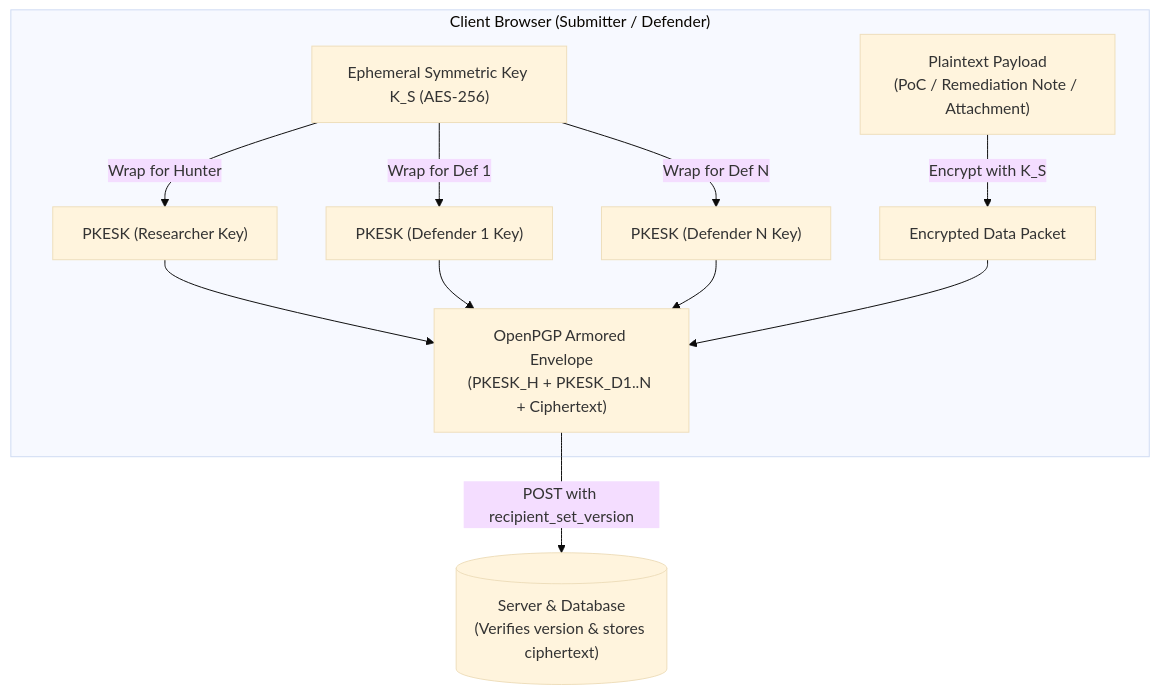
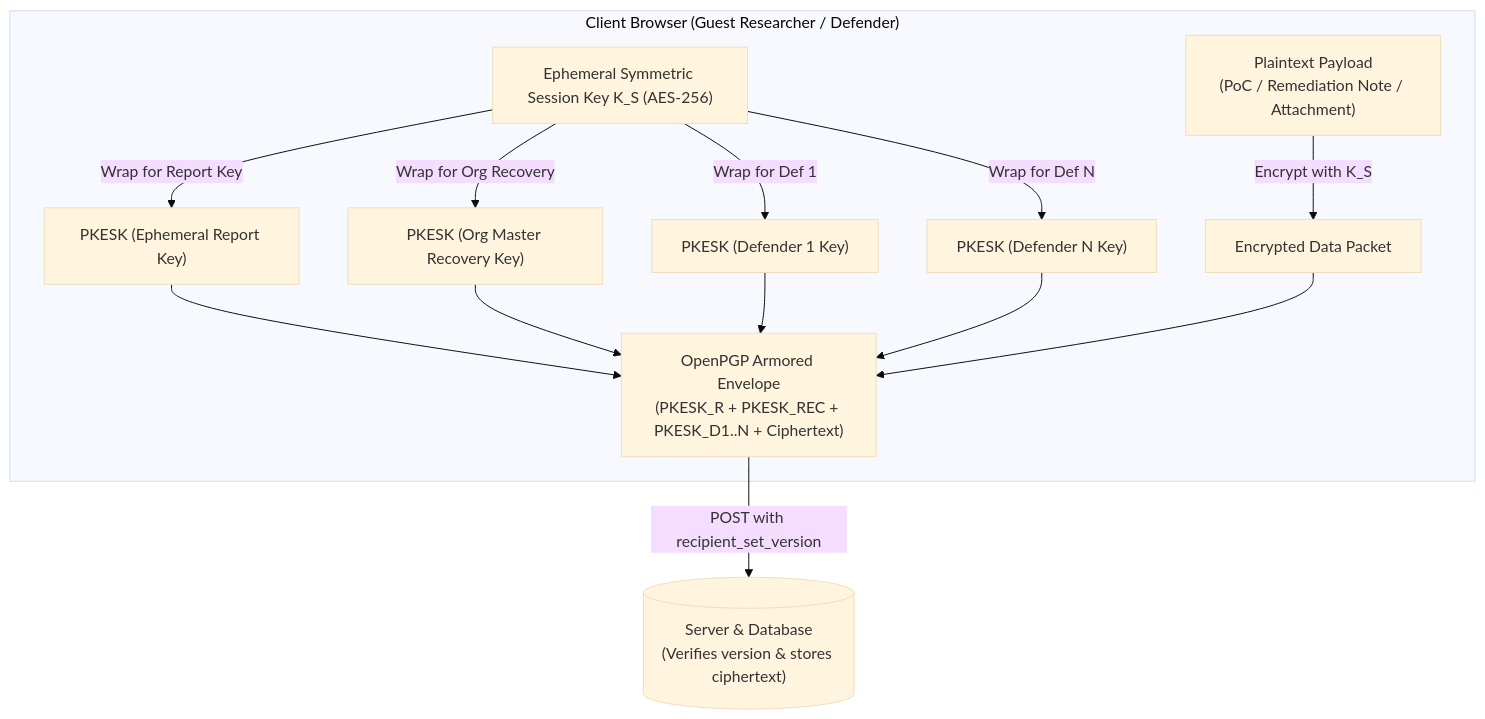
The diagram in architecture/KEY_MANAGEMENT.md (Taha-Asad/BugBountyTracker), drawn with Mermaid (base theme) before and after one commit. The commit also changed other lines of this file and 15 other files, not shown here.

Commit message:
feat(spec): release v3.2.0 baseline with Lemon Squeezy MoR, guest intake, offline recovery key, and 424h WBS

````diff
--- a/architecture/KEY_MANAGEMENT.md
+++ b/architecture/KEY_MANAGEMENT.md
@@ -20,19 +24,21 @@
 ```mermaid
 flowchart TD
-    subgraph Browser["Client Browser (Submitter / Defender)"]
+    subgraph Browser["Client Browser (Guest Researcher / Defender)"]
         Msg["Plaintext Payload<br/>(PoC / Remediation Note / Attachment)"]
-        K_S["Ephemeral Symmetric Key K_S (AES-256)"]
+        K_S["Ephemeral Symmetric Session Key K_S (AES-256)"]
         Msg -->|"Encrypt with K_S"| Ciphertext["Encrypted Data Packet"]
         
-        K_S -->|"Wrap for Hunter"| PKESK_H["PKESK (Researcher Key)"]
+        K_S -->|"Wrap for Report Key"| PKESK_R["PKESK (Ephemeral Report Key)"]
+        K_S -->|"Wrap for Org Recovery"| PKESK_REC["PKESK (Org Master Recovery Key)"]
         K_S -->|"Wrap for Def 1"| PKESK_D1["PKESK (Defender 1 Key)"]
         K_S -->|"Wrap for Def N"| PKESK_DN["PKESK (Defender N Key)"]
         
-        Combined["OpenPGP Armored Envelope<br/>(PKESK_H + PKESK_D1..N + Ciphertext)"]
-        PKESK_H --> Combined
+        Combined["OpenPGP Armored Envelope<br/>(PKESK_R + PKESK_REC + PKESK_D1..N + Ciphertext)"]
+        PKESK_R --> Combined
+        PKESK_REC --> Combined
         PKESK_D1 --> Combined
         PKESK_DN --> Combined
         Ciphertext --> Combined
     end
     Combined -->|"POST with recipient_set_version"| Svr[("Server & Database<br/>(Verifies version & stores ciphertext)")]
 ```
````
